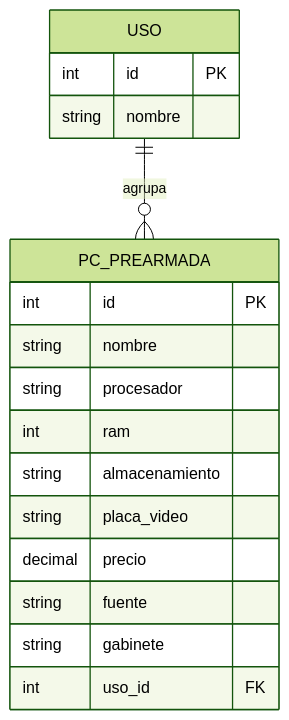
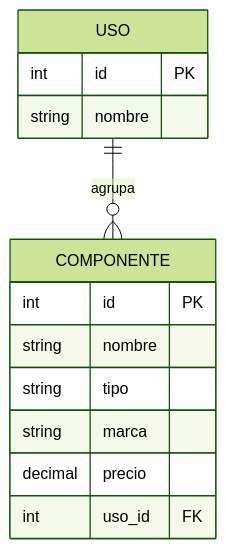
One commit to titiyo/TecnologiasWeb changed the diagram in HISTORIAL.md. Above: the diagram before and after it, drawn with Mermaid (forest theme). The commit also changed other lines of this file and 17 other files, not shown here.

Commit message:
Rename PcPrearmada to Componente and add nombre search

````diff
--- a/HISTORIAL.md
+++ b/HISTORIAL.md
@@ -39,20 +42,16 @@
 ```mermaid
 erDiagram
-    USO ||--o{ PC_PREARMADA : "agrupa"
+    USO ||--o{ COMPONENTE : "agrupa"
     USO {
         int id PK
         string nombre
     }
-    PC_PREARMADA {
+    COMPONENTE {
         int id PK
         string nombre
-        string procesador
-        int ram
-        string almacenamiento
-        string placa_video
+        string tipo
+        string marca
         decimal precio
-        string fuente
-        string gabinete
         int uso_id FK
     }
 ```
````
